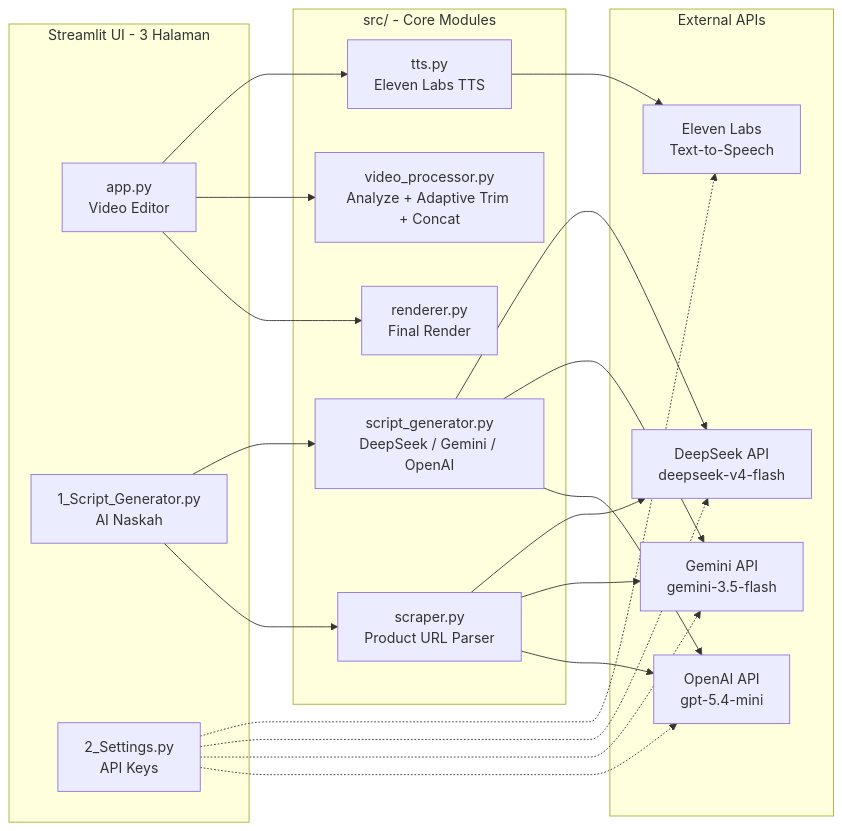
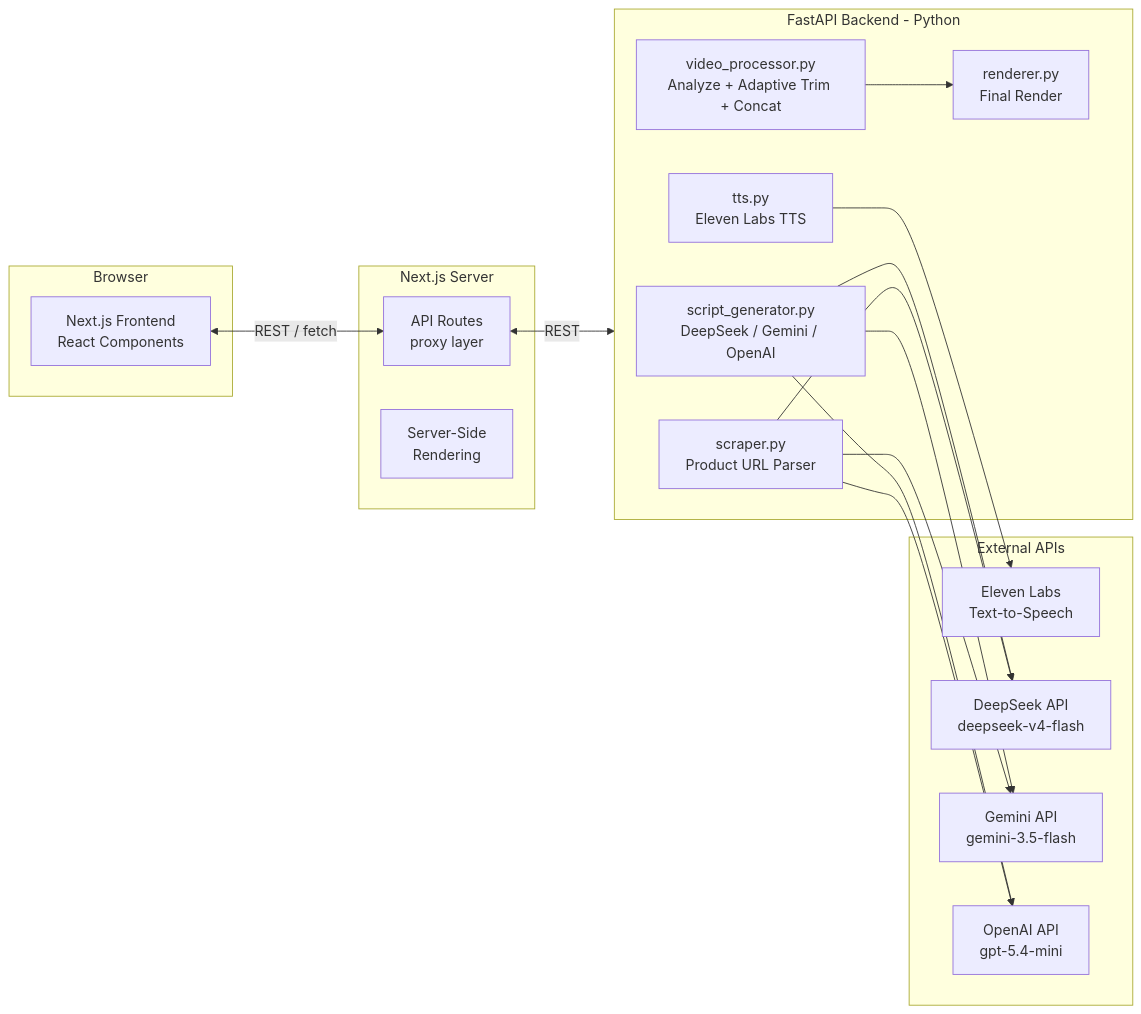
The third of 4 diagrams in PRD.md (Muhira007/mixFlow-Studio), drawn with Mermaid before and after one commit. The commit also changed other lines of this file and 2 other files, not shown here.

First line of the commit message:
feat: finalize frontend architecture & add layout mockup

````diff
--- a/PRD.md
+++ b/PRD.md
@@ -147,42 +147,37 @@
 ```mermaid
 flowchart LR
-    subgraph UI[Streamlit UI - 3 Halaman]
-        U1[app.py<br/>Video Editor]
-        U2[1_Script_Generator.py<br/>AI Naskah]
-        U3[2_Settings.py<br/>API Keys]
+    subgraph BROWSER[Browser]
+        NX[Next.js Frontend<br/>React Components]
     end
 
-    subgraph CORE[src/ - Core Modules]
+    subgraph NEXT[Next.js Server]
+        API[API Routes<br/>proxy layer]
+        SS[Server-Side<br/>Rendering]
+    end
+
+    subgraph BACKEND[FastAPI Backend - Python]
         M1[script_generator.py<br/>DeepSeek / Gemini / OpenAI]
         M2[scraper.py<br/>Product URL Parser]
         M3[tts.py<br/>Eleven Labs TTS]
         M4[video_processor.py<br/>Analyze + Adaptive Trim + Concat]
         M5[renderer.py<br/>Final Render]
     end
 
     subgraph EXTERNAL[External APIs]
         E1[Eleven Labs<br/>Text-to-Speech]
         E2[DeepSeek API<br/>deepseek-v4-flash]
         E3[Gemini API<br/>gemini-3.5-flash]
         E4[OpenAI API<br/>gpt-5.4-mini]
     end
 
-    U1 --> M3
-    U1 --> M4
-    U1 --> M5
-    U2 --> M1
-    U2 --> M2
-
+    NX <-->|REST / fetch| API
+    API <-->|REST| BACKEND
     M1 --> E2
     M1 --> E3
     M1 --> E4
     M2 --> E2
     M2 --> E3
     M2 --> E4
     M3 --> E1
-
-    U3 -.-> E1
-    U3 -.-> E2
-    U3 -.-> E3
-    U3 -.-> E4
+    M4 --> M5
 ```
````
